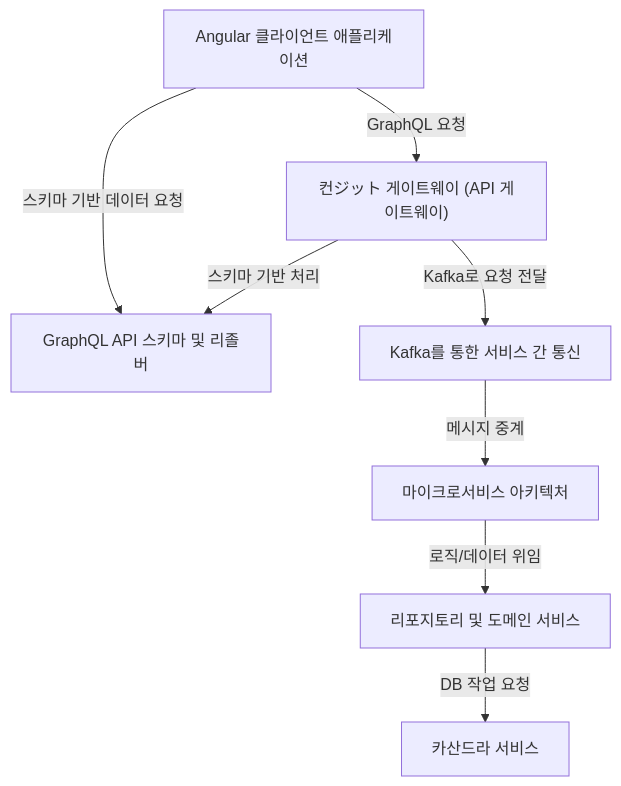
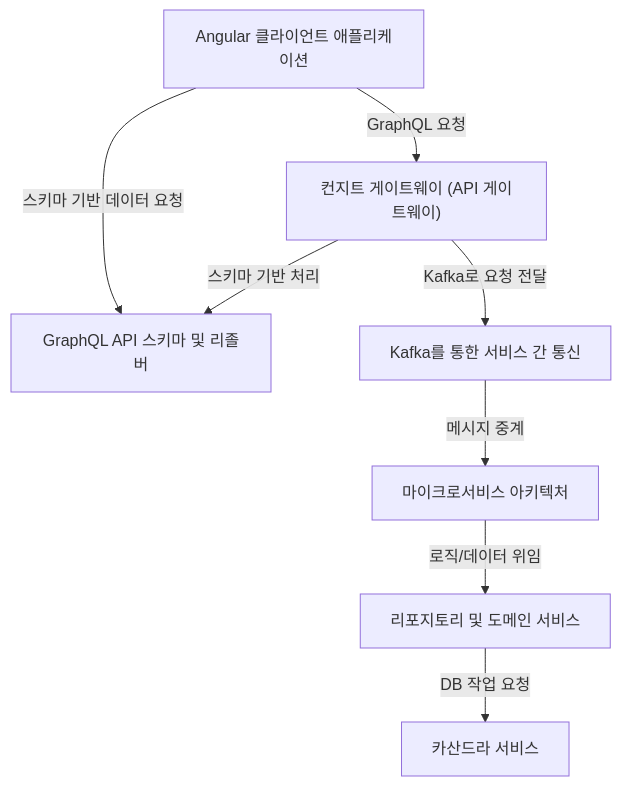
Before and after one commit to serithemage/Serverless-RealWorld: the diagram in knowledgebase/index.md, drawn with Mermaid. The commit also changed other lines of this file and 28 other files, not shown here.

````diff
--- a/knowledgebase/index.md
+++ b/knowledgebase/index.md
@@ -8,24 +8,24 @@
 ```mermaid
 flowchart TD
-    A0["컨ジット 게이트웨이 (API 게이트웨이)
+    A0["컨지트 게이트웨이 (API 게이트웨이)
 "]
     A1["마이크로서비스 아키텍처
 "]
     A2["리포지토리 및 도메인 서비스
 "]
     A3["카산드라 서비스
 "]
     A4["Angular 클라이언트 애플리케이션
 "]
     A5["GraphQL API 스키마 및 리졸버
 "]
     A6["Kafka를 통한 서비스 간 통신
 "]
     A4 -- "GraphQL 요청" --> A0
     A0 -- "스키마 기반 처리" --> A5
     A4 -- "스키마 기반 데이터 요청" --> A5
     A0 -- "Kafka로 요청 전달" --> A6
     A6 -- "메시지 중계" --> A1
     A1 -- "로직/데이터 위임" --> A2
     A2 -- "DB 작업 요청" --> A3
 ```
````
